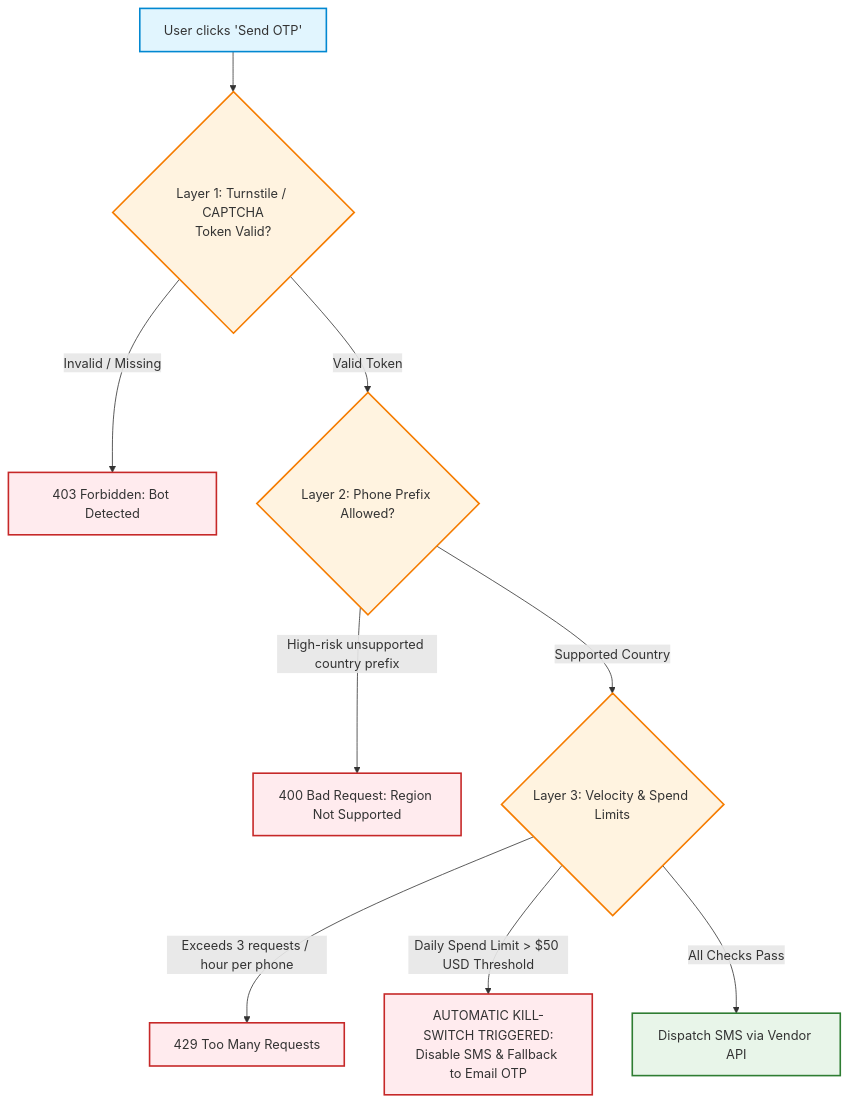
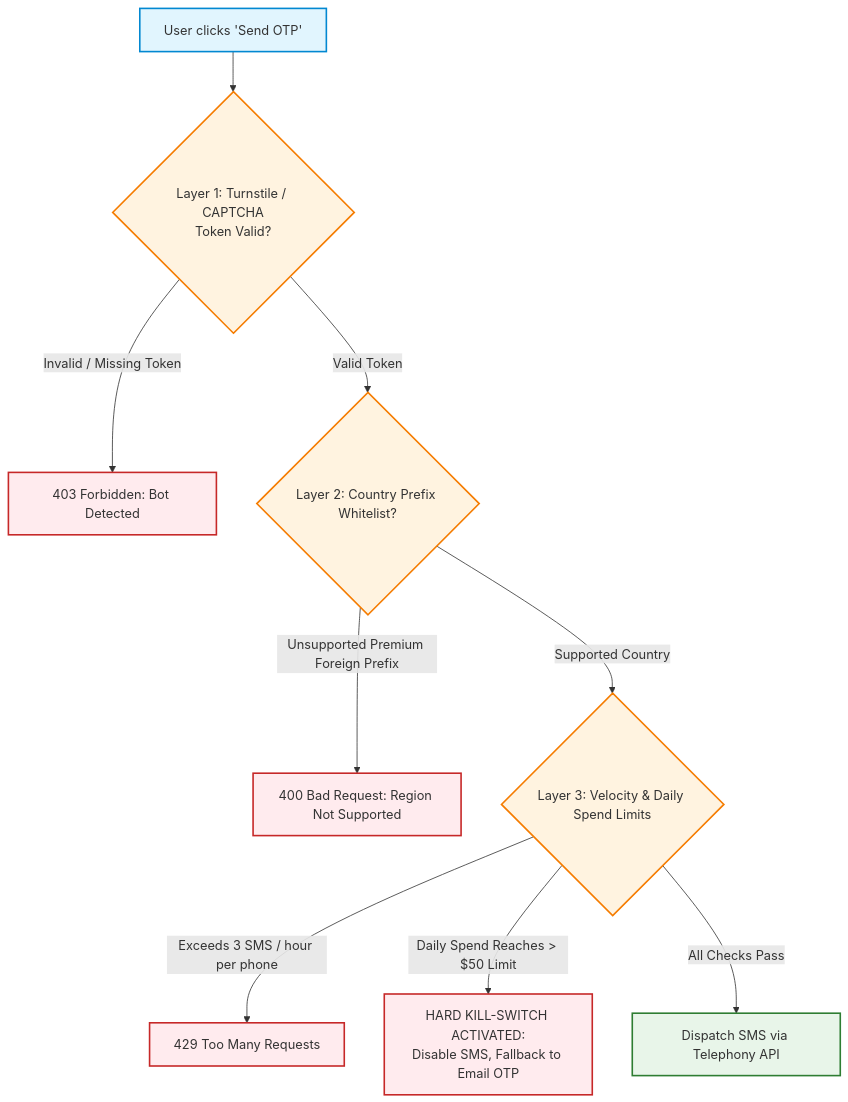
Before and after one commit to reviveproject4-source/OpenBSA: the diagram in 06-edge-cases-and-anti-failure/13-otp-cost-explosion-and-scraping-shield.md, drawn with Mermaid. The commit also changed other lines of this file and 18 other files, not shown here.

````diff
--- a/06-edge-cases-and-anti-failure/13-otp-cost-explosion-and-scraping-shield.md
+++ b/06-edge-cases-and-anti-failure/13-otp-cost-explosion-and-scraping-shield.md
@@ -18,19 +29,19 @@
 ```mermaid
 graph TD
     classDef client fill:#e1f5fe,stroke:#0288d1,stroke-width:2px;
     classDef shield fill:#fff3e0,stroke:#f57c00,stroke-width:2px;
     classDef blocked fill:#ffebee,stroke:#c62828,stroke-width:2px;
     classDef pass fill:#e8f5e9,stroke:#2e7d32,stroke-width:2px;
 
-    User[User clicks 'Send OTP']:::client --> Challenge{Layer 1: Turnstile / CAPTCHA<br/>Token Valid?}:::shield
-    Challenge -->|Invalid / Missing| Drop1[403 Forbidden: Bot Detected]:::blocked
+    User[User clicks 'Send OTP']:::client --> Turnstile{Layer 1: Turnstile / CAPTCHA<br/>Token Valid?}:::shield
+    Turnstile -->|Invalid / Missing Token| Drop1[403 Forbidden: Bot Detected]:::blocked
 
-    Challenge -->|Valid Token| PhoneCheck{Layer 2: Phone Prefix Allowed?}:::shield
-    PhoneCheck -->|High-risk unsupported country prefix| Drop2[400 Bad Request: Region Not Supported]:::blocked
+    Turnstile -->|Valid Token| Prefix{Layer 2: Country Prefix Whitelist?}:::shield
+    Prefix -->|Unsupported Premium Foreign Prefix| Drop2[400 Bad Request: Region Not Supported]:::blocked
 
-    PhoneCheck -->|Supported Country| VelocityCheck{Layer 3: Velocity & Spend Limits}:::shield
-    VelocityCheck -->|Exceeds 3 requests / hour per phone| Drop3[429 Too Many Requests]:::blocked
-    VelocityCheck -->|Daily Spend Limit > $50 USD Threshold| EmergencyStop[AUTOMATIC KILL-SWITCH TRIGGERED:<br/>Disable SMS & Fallback to Email OTP]:::blocked
+    Prefix -->|Supported Country| Velocity{Layer 3: Velocity & Daily Spend Limits}:::shield
+    Velocity -->|Exceeds 3 SMS / hour per phone| Drop3[429 Too Many Requests]:::blocked
+    Velocity -->|Daily Spend Reaches > $50 Limit| KillSwitch[HARD KILL-SWITCH ACTIVATED:<br/>Disable SMS, Fallback to Email OTP]:::blocked
 
-    VelocityCheck -->|All Checks Pass| Dispatch[Dispatch SMS via Vendor API]:::pass
+    Velocity -->|All Checks Pass| Dispatch[Dispatch SMS via Telephony API]:::pass
 ```
````
